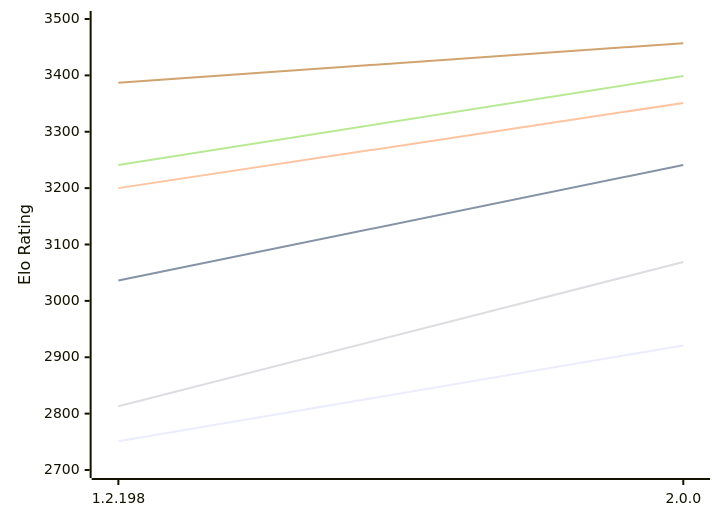
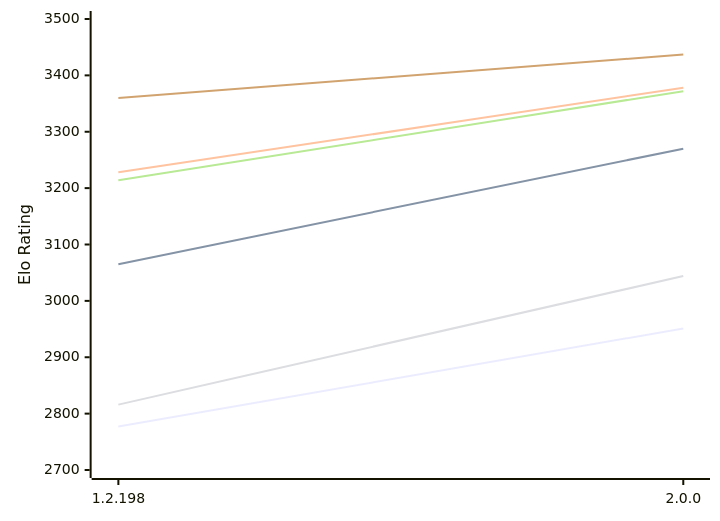
One commit to computer-chess-index/cci changed the diagram in engines/Zenith.md. Above: the diagram before and after it, drawn with Mermaid. The commit also changed other lines of this file, not shown here.

Commit message:
Update CCI Ratings (ELO VLTC) - 2026-10-19

````diff
--- a/engines/Zenith.md
+++ b/engines/Zenith.md
@@ -49,12 +49,12 @@
 ```mermaid
 %%{init: {"theme":"base","themeVariables":{"seriesColors:['#a3a3a3','#222221','#faa371']}}}%%
 xychart-beta
   x-axis ["1.2.198", "2.0.0"]
   y-axis "Elo Rating" 2700 --> 3500
-  line "E1: STC (8.0+0.08s)" [2751, 2921]
-  line "E1: LTC (60.0+0.60s)" [3036, 3241]
-  line "E1: VLTC (2m24s+1.12s)" [3200, 3351]
-  line "P1: STC (8.0+0.08s)" [2813, 3069]
-  line "P1: LTC (60.0+0.60s)" [3241, 3399]
-  line "P1: VLTC (2m24s+1.12s)" [3387, 3457]
+  line "E1: STC (8.0+0.08s)" [2777, 2951]
+  line "E1: LTC (60.0+0.60s)" [3065, 3270]
+  line "E1: VLTC (2m24s+1.12s)" [3228, 3378]
+  line "P1: STC (8.0+0.08s)" [2816, 3044]
+  line "P1: LTC (60.0+0.60s)" [3214, 3372]
+  line "P1: VLTC (2m24s+1.12s)" [3360, 3437]
 ```
````
